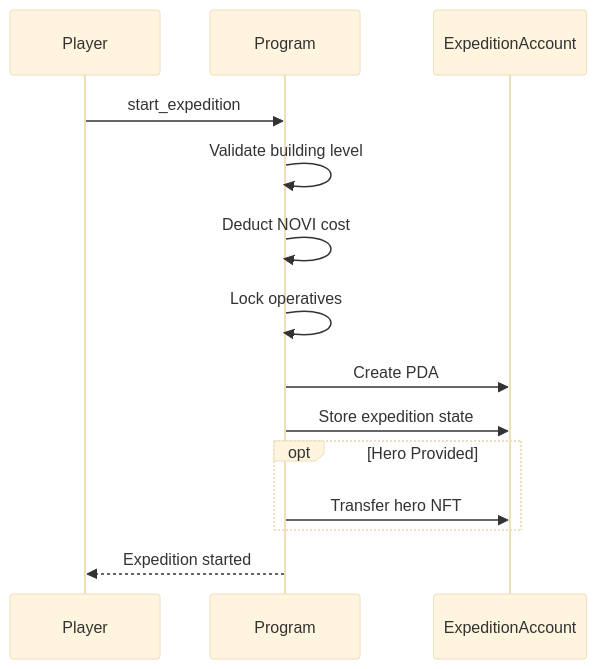
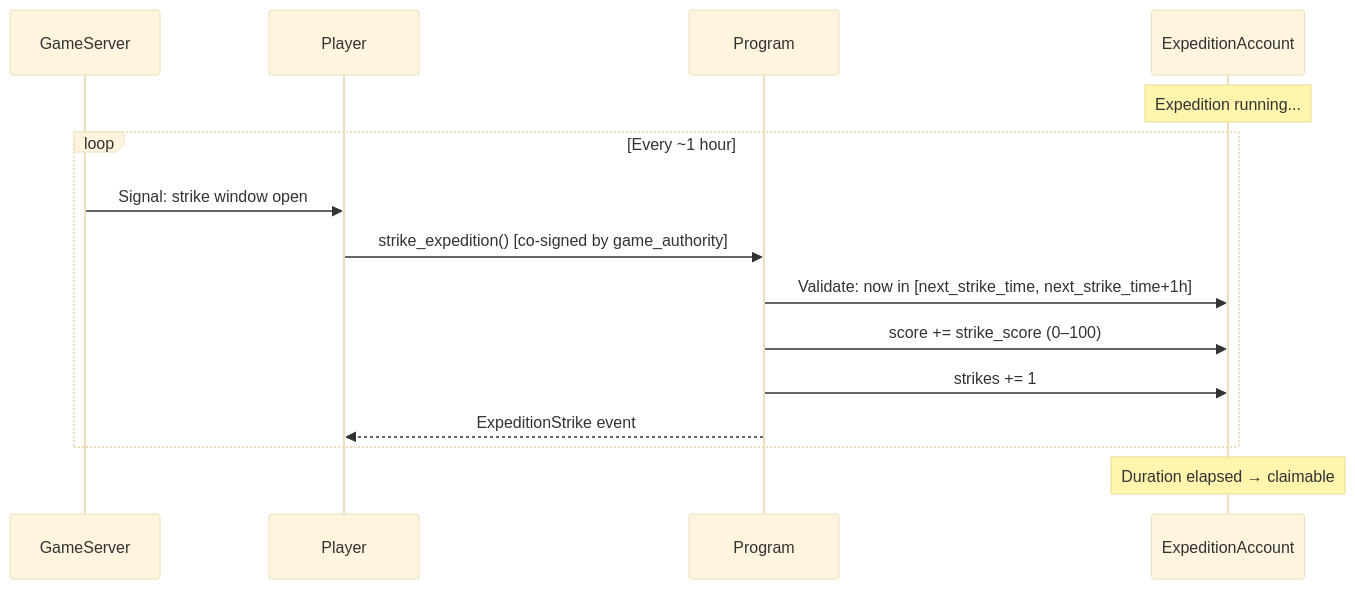
The fourth of 5 diagrams in docs/onchain/04-systems/expeditions.md (crypt0miester/novus-mundus), drawn with Mermaid (base theme) before and after one commit. The commit also changed other lines of this file and 259 other files, not shown here.

Commit message:
Add player journey game plan: narrative arc, the Steward, estate redesign and Market unbundling

````diff
--- a/docs/onchain/04-systems/expeditions.md
+++ b/docs/onchain/04-systems/expeditions.md
@@ -65,17 +177,18 @@
 ```mermaid
 sequenceDiagram
+    participant GameServer
     participant Player
     participant Program
-    participant ExpAccount as ExpeditionAccount
+    participant ExpeditionAccount
 
-    Player->>Program: start_expedition
-    Program->>Program: Validate building level
-    Program->>Program: Deduct NOVI cost
-    Program->>Program: Lock operatives
-    Program->>ExpAccount: Create PDA
-    Program->>ExpAccount: Store expedition state
-    opt Hero Provided
-        Program->>ExpAccount: Transfer hero NFT
+    Note over ExpeditionAccount: Expedition running...
+    loop Every ~1 hour
+        GameServer->>Player: Signal: strike window open
+        Player->>Program: strike_expedition() [co-signed by game_authority]
+        Program->>ExpeditionAccount: Validate: now in [next_strike_time, next_strike_time+1h]
+        Program->>ExpeditionAccount: score += strike_score (0–100)
+        Program->>ExpeditionAccount: strikes += 1
+        Program-->>Player: ExpeditionStrike event
     end
-    Program-->>Player: Expedition started
+    Note over ExpeditionAccount: Duration elapsed → claimable
 ```
````
